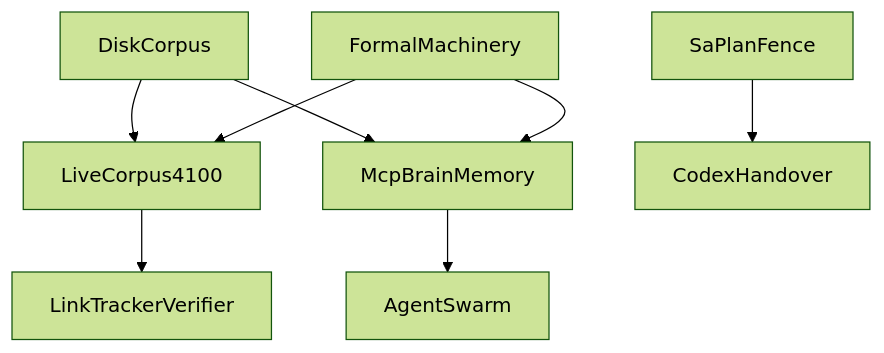
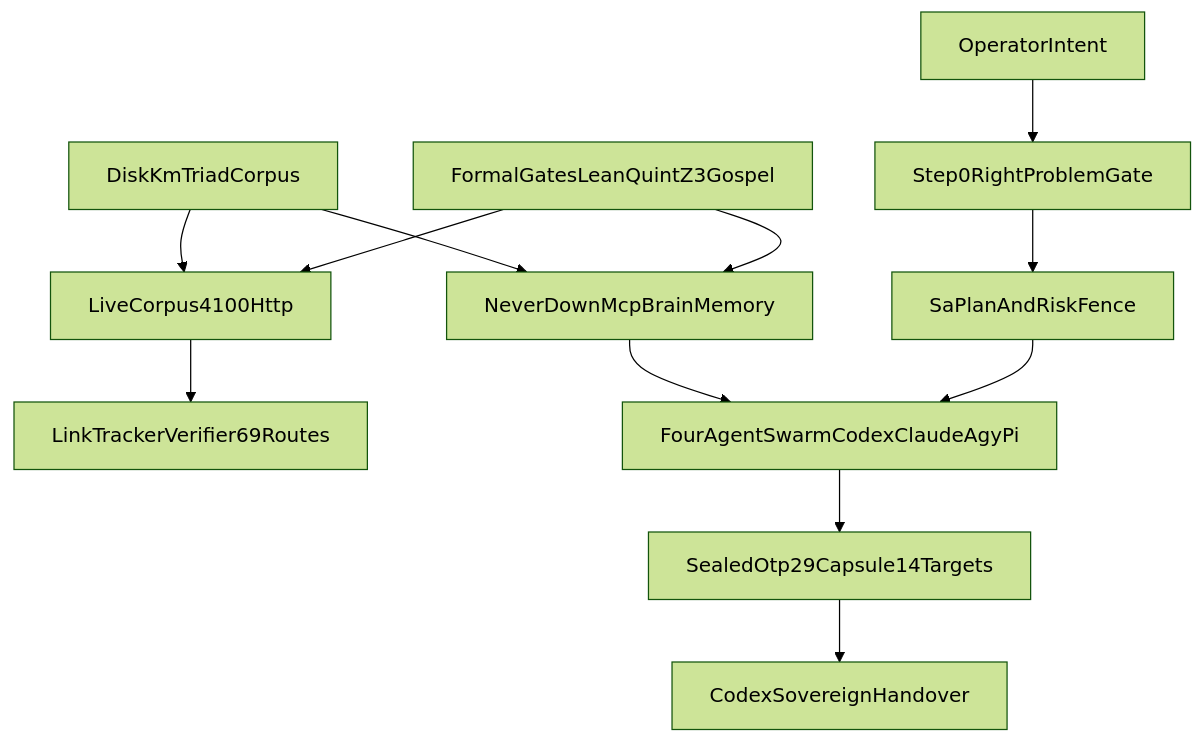
Before and after one commit to Anaik7799/uos: the first of 2 diagrams in docs/handover/20261031-1100-agy-to-codex-always-fresh-km-mcp-brain-and-fractal-plan-handover.md, drawn with Mermaid (forest theme). The commit also changed other lines of this file and 1 other file, not shown here.

Commit message:
docs(handover): consolidate complete 2-day ledger, 4-plane #km-triad symbiosis, live :4100/MCP cutover receipts, OI-01..OI-09 fractal plan, and canonical fractal prompt suite into single semantically-verified master handover doc

````diff
--- a/docs/handover/20261031-1100-agy-to-codex-always-fresh-km-mcp-brain-and-fractal-plan-handover.md
+++ b/docs/handover/20261031-1100-agy-to-codex-always-fresh-km-mcp-brain-and-fractal-plan-handover.md
@@ -49,10 +47,14 @@
 ```mermaid
 flowchart TD
-  DiskCorpus[DiskCorpus] --> LiveCorpus4100[LiveCorpus4100]
-  DiskCorpus[DiskCorpus] --> McpBrainMemory[McpBrainMemory]
-  LiveCorpus4100[LiveCorpus4100] --> LinkTrackerVerifier[LinkTrackerVerifier]
-  McpBrainMemory[McpBrainMemory] --> AgentSwarm[AgentSwarm]
-  FormalMachinery[FormalMachinery] --> LiveCorpus4100[LiveCorpus4100]
-  FormalMachinery[FormalMachinery] --> McpBrainMemory[McpBrainMemory]
-  SaPlanFence[SaPlanFence] --> CodexHandover[CodexHandover]
+  OperatorIntent[OperatorIntent] --> Step0RightProblemGate[Step0RightProblemGate]
+  Step0RightProblemGate[Step0RightProblemGate] --> SaPlanAndRiskFence[SaPlanAndRiskFence]
+  DiskKmTriadCorpus[DiskKmTriadCorpus] --> LiveCorpus4100Http[LiveCorpus4100Http]
+  DiskKmTriadCorpus[DiskKmTriadCorpus] --> NeverDownMcpBrainMemory[NeverDownMcpBrainMemory]
+  LiveCorpus4100Http[LiveCorpus4100Http] --> LinkTrackerVerifier69Routes[LinkTrackerVerifier69Routes]
+  NeverDownMcpBrainMemory[NeverDownMcpBrainMemory] --> FourAgentSwarmCodexClaudeAgyPi[FourAgentSwarmCodexClaudeAgyPi]
+  FormalGatesLeanQuintZ3Gospel[FormalGatesLeanQuintZ3Gospel] --> LiveCorpus4100Http[LiveCorpus4100Http]
+  FormalGatesLeanQuintZ3Gospel[FormalGatesLeanQuintZ3Gospel] --> NeverDownMcpBrainMemory[NeverDownMcpBrainMemory]
+  SaPlanAndRiskFence[SaPlanAndRiskFence] --> FourAgentSwarmCodexClaudeAgyPi[FourAgentSwarmCodexClaudeAgyPi]
+  FourAgentSwarmCodexClaudeAgyPi[FourAgentSwarmCodexClaudeAgyPi] --> SealedOtp29Capsule14Targets[SealedOtp29Capsule14Targets]
+  SealedOtp29Capsule14Targets[SealedOtp29Capsule14Targets] --> CodexSovereignHandover[CodexSovereignHandover]
 ```
````
